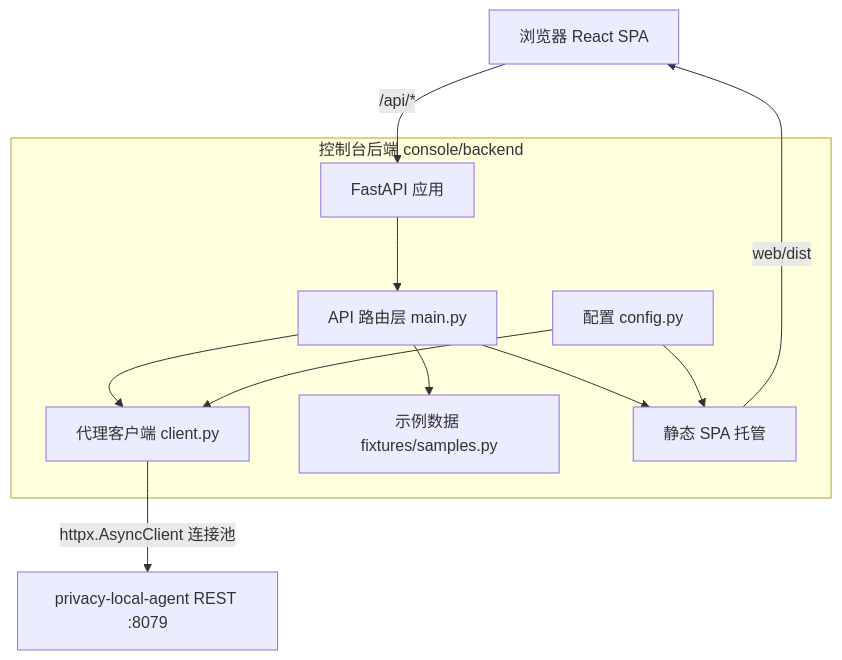
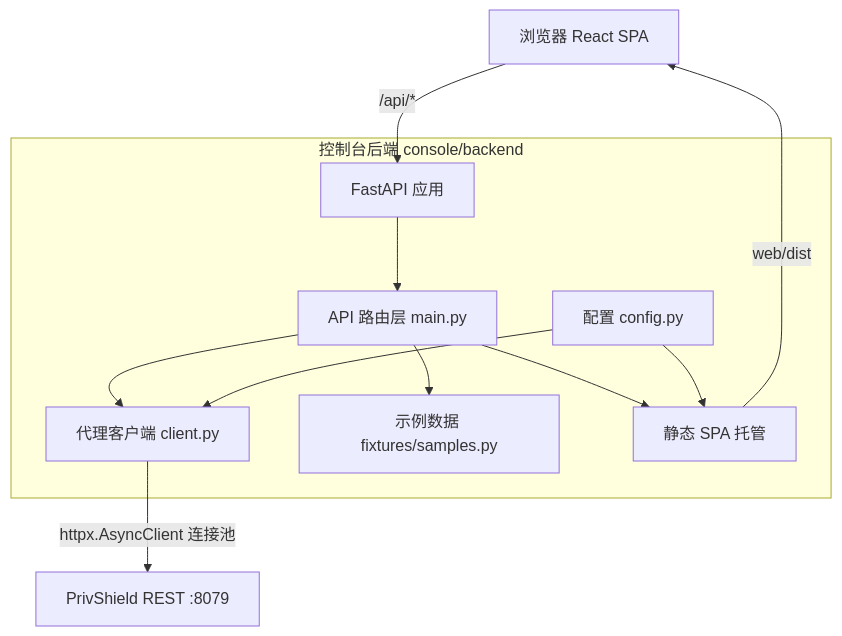
One commit to fengzhizi319/PrivShield changed the first of 2 diagrams in console/backend/docs/design.md. Above: the diagram before and after it, drawn with Mermaid. The commit also changed 393 other files, not shown here.

Commit message:
refactor(brand): 全面将 privacy_local_agent 迁移升级为 PrivShield

````diff
--- a/console/backend/docs/design.md
+++ b/console/backend/docs/design.md
@@ -38,16 +38,16 @@
 ```mermaid
 graph TD
     Browser[浏览器 React SPA] -- /api/* --> FastAPI[FastAPI 应用]
 
     subgraph Backend [控制台后端 console/backend]
         FastAPI --> Routes[API 路由层 main.py]
         Routes --> Client[代理客户端 client.py]
         Routes --> Samples[示例数据 fixtures/samples.py]
         Routes --> Static[静态 SPA 托管]
         Config[配置 config.py] --> Client
         Config --> Static
     end
 
-    Client -- httpx.AsyncClient 连接池 --> Agent[privacy-local-agent REST :8079]
+    Client -- httpx.AsyncClient 连接池 --> Agent[PrivShield REST :8079]
     Static -- web/dist --> Browser
 ```
````
